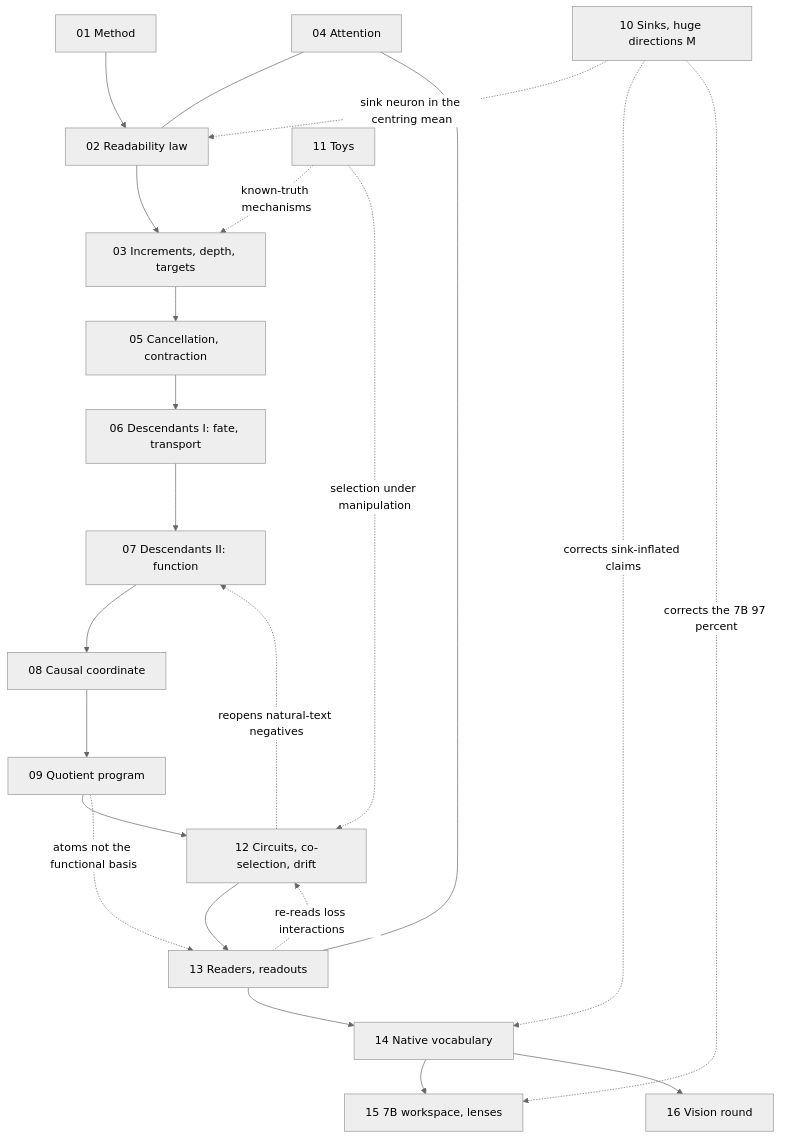
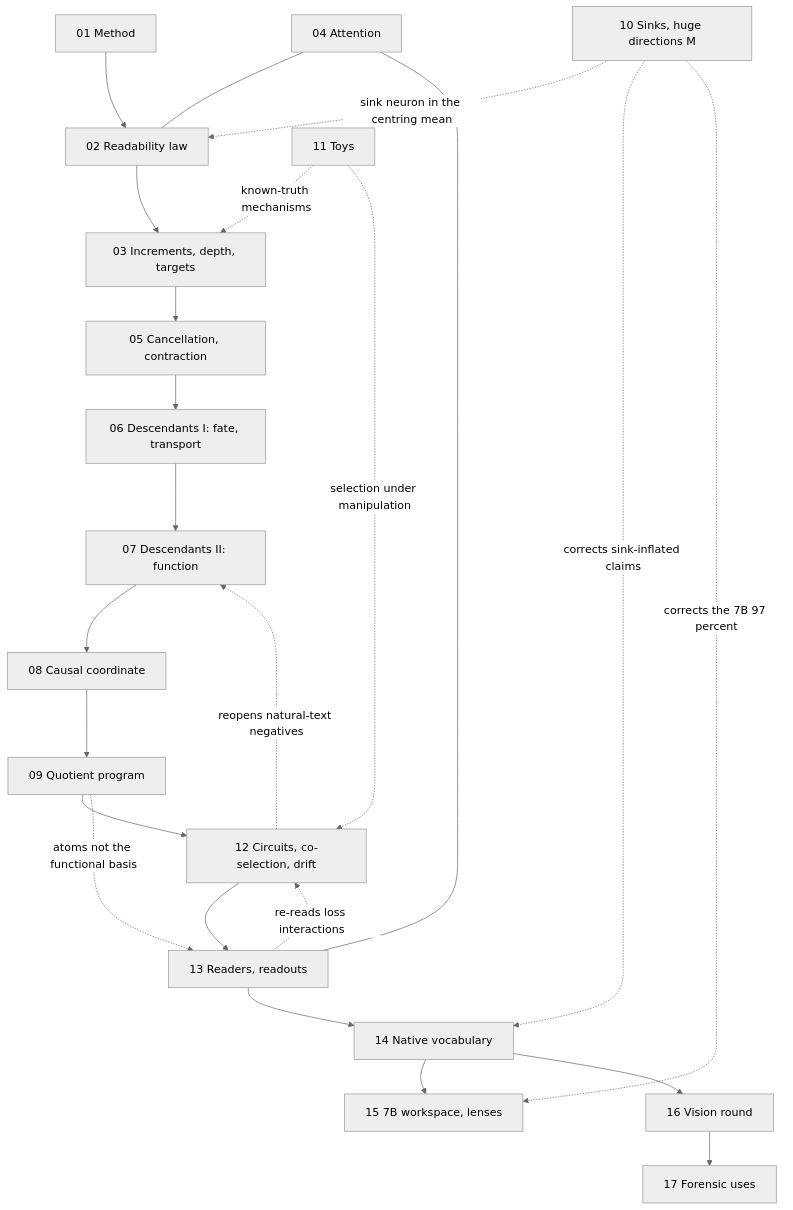
The diagram in README.md (sunmoonron/wdd-descendants), drawn with Mermaid (neutral theme) before and after one commit. The commit also changed other lines of this file and 23 other files, not shown here.

````diff
--- a/README.md
+++ b/README.md
@@ -36,25 +37,26 @@
 ```mermaid
 flowchart TD
   A01["01 Method"] --> A02["02 Readability law"]
   A02 --> A03["03 Increments, depth, targets"]
   A03 --> A05["05 Cancellation, contraction"]
   A05 --> A06["06 Descendants I: fate, transport"]
   A06 --> A07["07 Descendants II: function"]
   A07 --> A08["08 Causal coordinate"]
   A08 --> A09["09 Quotient program"]
   A09 --> A12["12 Circuits, co-selection, drift"]
   A12 --> A13["13 Readers, readouts"]
   A13 --> A14["14 Native vocabulary"]
   A14 --> A15["15 7B workspace, lenses"]
   A14 --> A16["16 Vision round"]
+  A16 --> A17["17 Forensic uses"]
   A04["04 Attention"] --- A02
   A04 --- A13
   A10["10 Sinks, huge directions M"] -.->|sink neuron in the centring mean| A02
   A10 -.->|corrects sink-inflated claims| A14
   A10 -.->|corrects the 7B 97 percent| A15
   A11["11 Toys"] -.->|known-truth mechanisms| A03
   A11 -.->|selection under manipulation| A12
   A12 -.->|reopens natural-text negatives| A07
   A13 -.->|re-reads loss interactions| A12
   A09 -.->|atoms not the functional basis| A13
 ```
````
